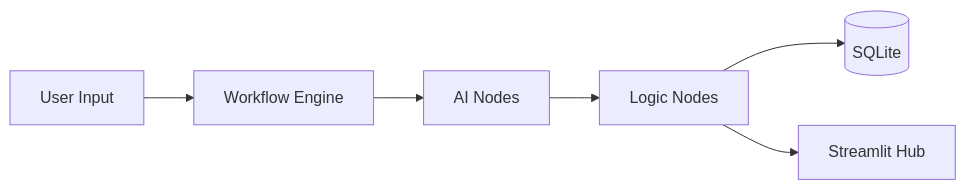
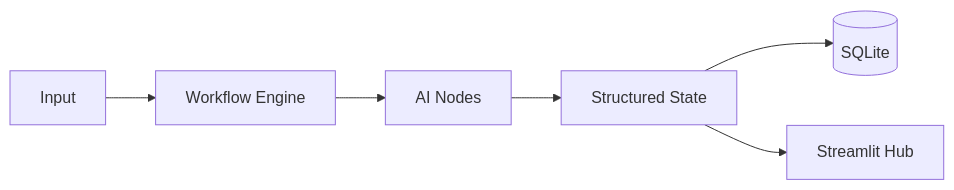
The diagram in README.md (Keerthana1367/AI-Workflow-Automation-Platform), drawn with Mermaid before and after one commit. The commit also changed other lines of this file and 1 other file, not shown here.

````diff
--- a/README.md
+++ b/README.md
@@ -21,8 +23,8 @@
 ```mermaid
 graph LR
-    Input[User Input] --> Engine[Workflow Engine]
-    Engine --> AI[AI Nodes]
-    AI --> Logic[Logic Nodes]
-    Logic --> DB[(SQLite)]
-    Logic --> UI[Streamlit Hub]
+    Input[Input] --> Engine[Workflow Engine]
+    Engine --> N1[AI Nodes]
+    N1 --> State[Structured State]
+    State --> DB[(SQLite)]
+    State --> UI[Streamlit Hub]
 ```
````
